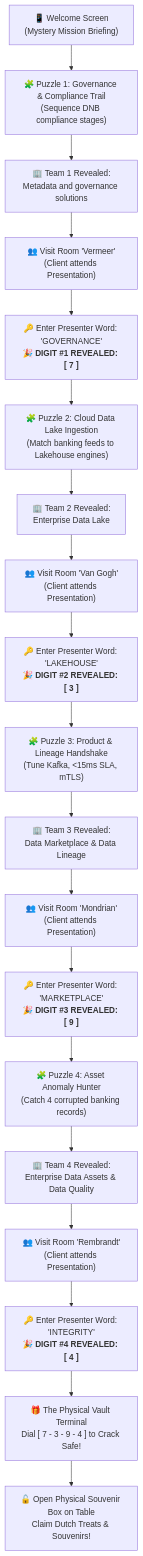
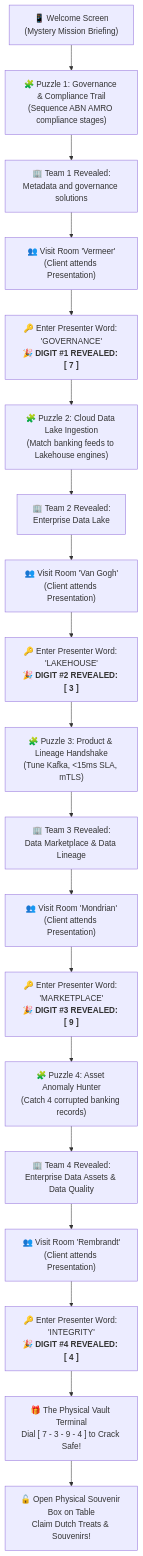
Before and after one commit to Aryan-Sawale/data-treasure-hunt: the diagram in README.md, drawn with Mermaid. The commit also changed other lines of this file and 3 other files, not shown here.

Commit message:
feat: replace all references to DNB with ABN AMRO

````diff
--- a/README.md
+++ b/README.md
@@ -11,25 +11,25 @@
 ```mermaid
 flowchart TD
-    Start["📱 Welcome Screen<br/>(Mystery Mission Briefing)"] --> P1["🧩 Puzzle 1: Governance & Compliance Trail<br/>(Sequence DNB compliance stages)"]
+    Start["📱 Welcome Screen<br/>(Mystery Mission Briefing)"] --> P1["🧩 Puzzle 1: Governance & Compliance Trail<br/>(Sequence ABN AMRO compliance stages)"]
     P1 --> T1["🏢 Team 1 Revealed:<br/>Metadata and governance solutions"]
     T1 --> Pres1["👥 Visit Room 'Vermeer'<br/>(Client attends Presentation)"]
     Pres1 --> Code1["🔑 Enter Presenter Word: 'GOVERNANCE'<br/><b>🎉 DIGIT #1 REVEALED: [ 7 ]</b>"]
 
     Code1 --> P2["🧩 Puzzle 2: Cloud Data Lake Ingestion<br/>(Match banking feeds to Lakehouse engines)"]
     P2 --> T2["🏢 Team 2 Revealed:<br/>Enterprise Data Lake"]
     T2 --> Pres2["👥 Visit Room 'Van Gogh'<br/>(Client attends Presentation)"]
     Pres2 --> Code2["🔑 Enter Presenter Word: 'LAKEHOUSE'<br/><b>🎉 DIGIT #2 REVEALED: [ 3 ]</b>"]
 
     Code2 --> P3["🧩 Puzzle 3: Product & Lineage Handshake<br/>(Tune Kafka, &lt;15ms SLA, mTLS)"]
     P3 --> T3["🏢 Team 3 Revealed:<br/>Data Marketplace & Data Lineage"]
     T3 --> Pres3["👥 Visit Room 'Mondrian'<br/>(Client attends Presentation)"]
     Pres3 --> Code3["🔑 Enter Presenter Word: 'MARKETPLACE'<br/><b>🎉 DIGIT #3 REVEALED: [ 9 ]</b>"]
 
     Code3 --> P4["🧩 Puzzle 4: Asset Anomaly Hunter<br/>(Catch 4 corrupted banking records)"]
     P4 --> T4["🏢 Team 4 Revealed:<br/>Enterprise Data Assets & Data Quality"]
     T4 --> Pres4["👥 Visit Room 'Rembrandt'<br/>(Client attends Presentation)"]
     Pres4 --> Code4["🔑 Enter Presenter Word: 'INTEGRITY'<br/><b>🎉 DIGIT #4 REVEALED: [ 4 ]</b>"]
 
     Code4 --> Vault["🎁 The Physical Vault Terminal<br/>Dial [ 7 - 3 - 9 - 4 ] to Crack Safe!"]
     Vault --> PhysicalBox["🔓 Open Physical Souvenir Box on Table<br/>Claim Dutch Treats & Souvenirs!"]
 ```
````
